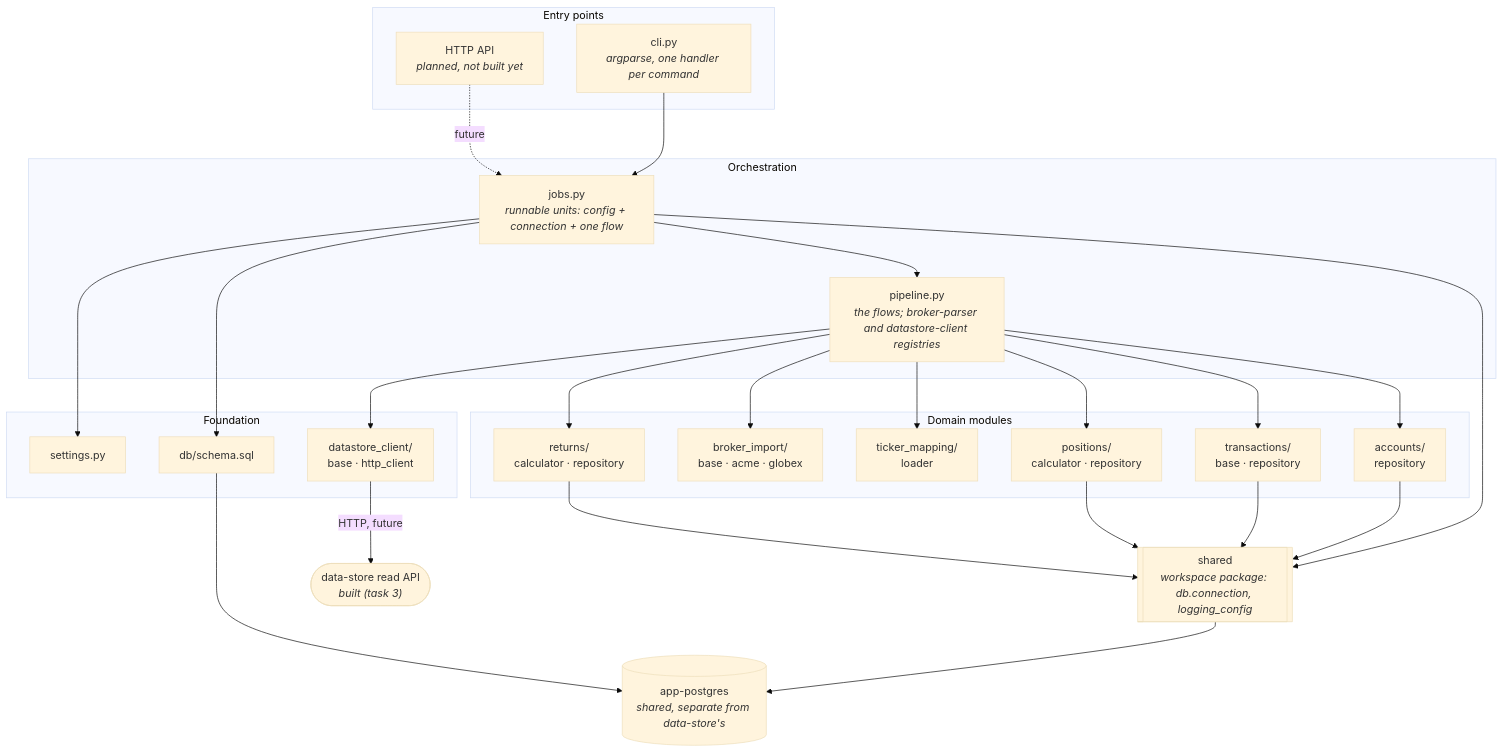
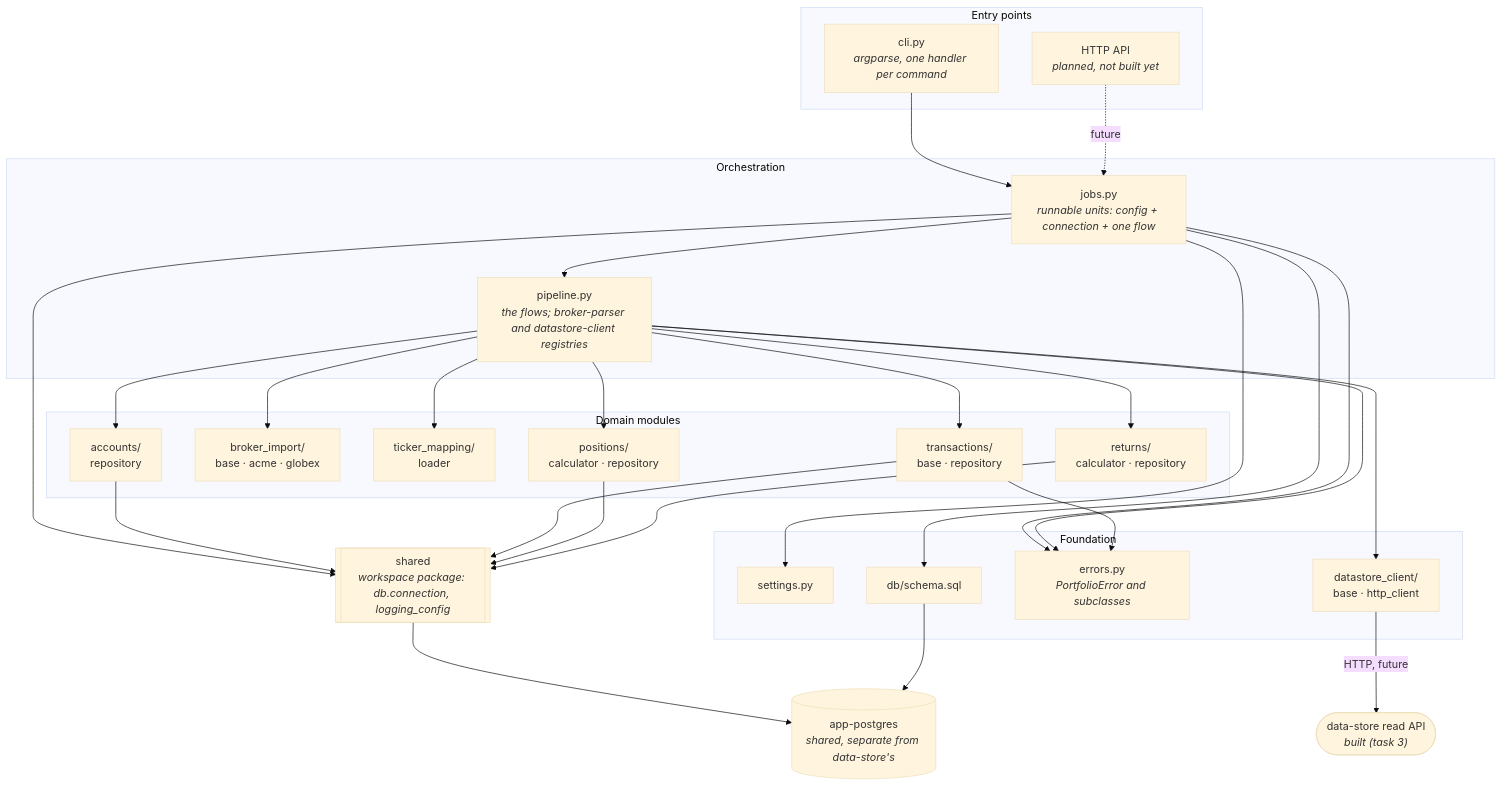
One commit to jpedropereira/Stakehold changed the first of 2 diagrams in services/portfolio/docs/architecture.md. Above: the diagram before and after it, drawn with Mermaid (base theme). The commit also changed other lines of this file and 21 other files, not shown here.

````diff
--- a/services/portfolio/docs/architecture.md
+++ b/services/portfolio/docs/architecture.md
@@ -55,52 +55,56 @@
 ```mermaid
 flowchart TD
     subgraph entry["Entry points"]
         CLI["cli.py<br/><i>argparse, one handler per command</i>"]
         API["HTTP API<br/><i>planned, not built yet</i>"]
     end
 
     subgraph orch["Orchestration"]
         JOBS["jobs.py<br/><i>runnable units: config + connection + one flow</i>"]
         PIPE["pipeline.py<br/><i>the flows; broker-parser and datastore-client registries</i>"]
     end
 
     subgraph domain["Domain modules"]
         ACC["accounts/<br/>repository"]
         IMP["broker_import/<br/>base · acme · globex"]
         MAP["ticker_mapping/<br/>loader"]
         TXN["transactions/<br/>base · repository"]
         POS["positions/<br/>calculator · repository"]
         RET["returns/<br/>calculator · repository"]
     end
 
     subgraph found["Foundation"]
         SET["settings.py"]
         DB["db/schema.sql"]
+        ERR["errors.py<br/><i>PortfolioError and subclasses</i>"]
         DSC["datastore_client/<br/>base · http_client"]
     end
 
     SH[["shared<br/><i>workspace package: db.connection, logging_config</i>"]]
     PG[("app-postgres<br/><i>shared, separate from data-store's</i>")]
     DSAPI(["data-store read API<br/><i>built (task 3)</i>"])
 
     CLI --> JOBS
     API -.future.-> JOBS
     JOBS --> PIPE
     JOBS --> SET
     JOBS --> DB
+    JOBS --> ERR
     PIPE --> ACC
     PIPE --> IMP
     PIPE --> MAP
     PIPE --> TXN
     PIPE --> POS
     PIPE --> RET
     PIPE --> DSC
+    PIPE --> ERR
+    TXN --> ERR
     JOBS --> SH
     ACC --> SH
     TXN --> SH
     POS --> SH
     RET --> SH
     SH --> PG
     DB --> PG
     DSC -->|HTTP, future| DSAPI
 ```
````
